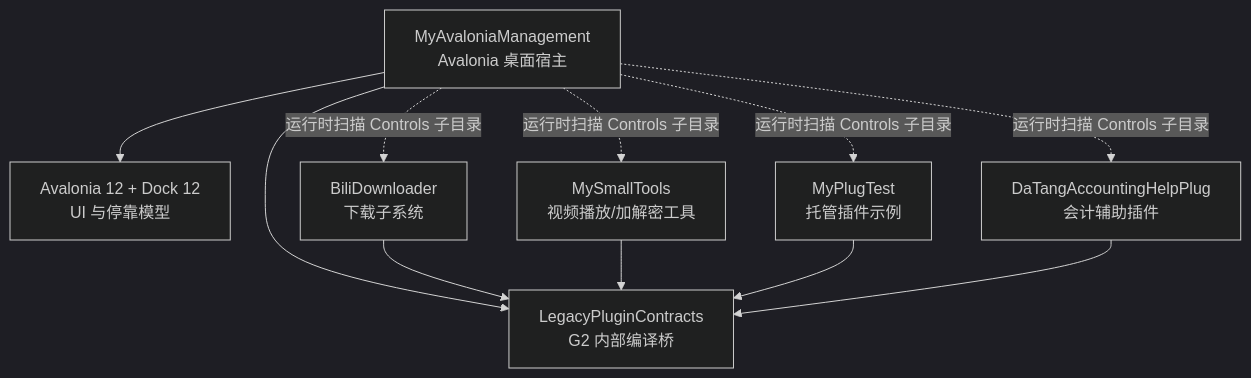
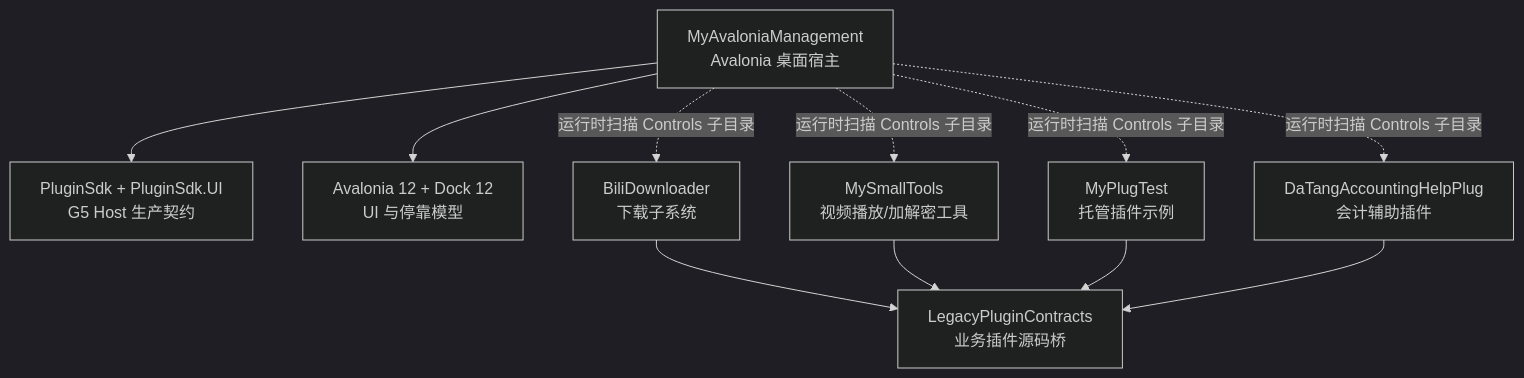
The first of 5 diagrams in docs/design/host-plugin-architecture-review.md (crownclowngx/avalonia_dock_simple_test), drawn with Mermaid (dark theme) before and after one commit. The commit also changed other lines of this file and 73 other files, not shown here.

````diff
--- a/docs/design/host-plugin-architecture-review.md
+++ b/docs/design/host-plugin-architecture-review.md
@@ -32,23 +33,24 @@
 ```mermaid
 flowchart TB
     Host["MyAvaloniaManagement<br/>Avalonia 桌面宿主"]
-    Contract["LegacyPluginContracts<br/>G2 内部编译桥"]
+    Sdk["PluginSdk + PluginSdk.UI<br/>G5 Host 生产契约"]
+    Legacy["LegacyPluginContracts<br/>业务插件源码桥"]
     Dock["Avalonia 12 + Dock 12<br/>UI 与停靠模型"]
 
     Bili["BiliDownloader<br/>下载子系统"]
     Small["MySmallTools<br/>视频播放/加解密工具"]
     TestPlug["MyPlugTest<br/>托管插件示例"]
     DaTang["DaTangAccountingHelpPlug<br/>会计辅助插件"]
 
-    Host --> Contract
+    Host --> Sdk
     Host --> Dock
-    Bili --> Contract
-    Small --> Contract
-    TestPlug --> Contract
-    DaTang --> Contract
+    Bili --> Legacy
+    Small --> Legacy
+    TestPlug --> Legacy
+    DaTang --> Legacy
 
     Host -. "运行时扫描 Controls 子目录" .-> Bili
     Host -. "运行时扫描 Controls 子目录" .-> Small
     Host -. "运行时扫描 Controls 子目录" .-> TestPlug
     Host -. "运行时扫描 Controls 子目录" .-> DaTang
 ```
````
